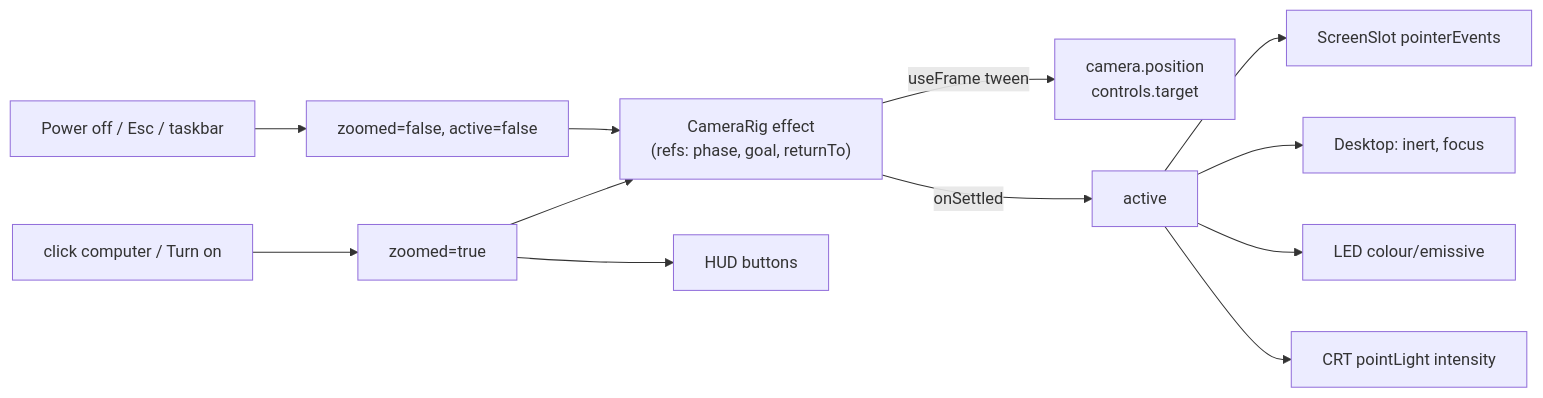
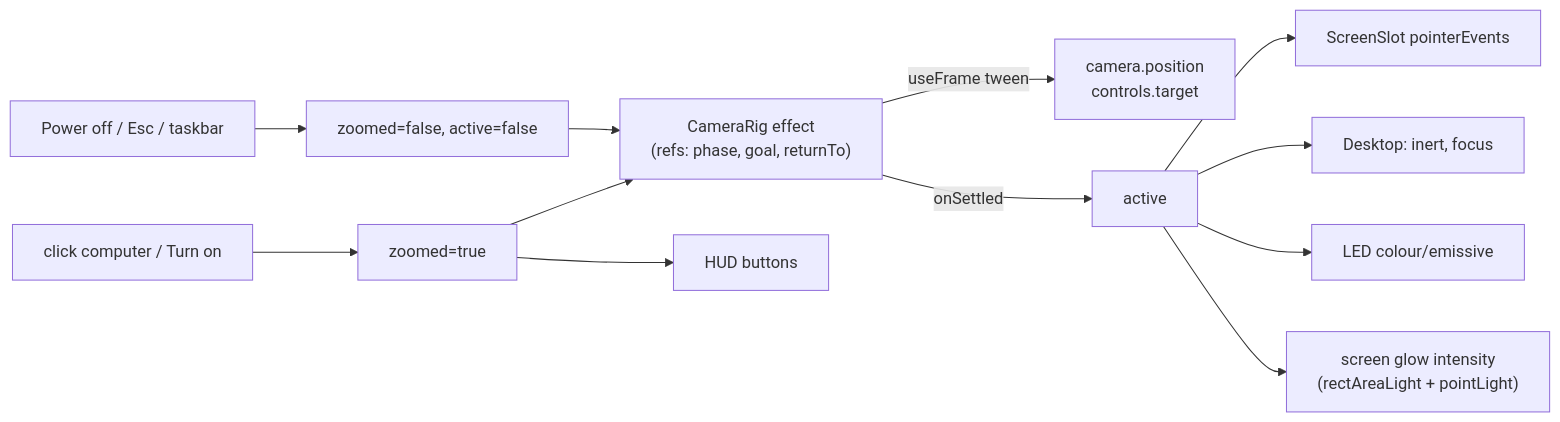
Before and after one commit to LinhL1/linh-le-2: the third of 5 diagrams in docs/DATA_FLOW.md, drawn with Mermaid. The commit also changed 12 other files, not shown here.

````diff
--- a/docs/DATA_FLOW.md
+++ b/docs/DATA_FLOW.md
@@ -68,14 +68,14 @@
 ```mermaid
 graph LR
     Click["click computer / Turn on"] --> Z["zoomed=true"]
     Off["Power off / Esc / taskbar"] --> Z0["zoomed=false, active=false"]
     Z --> CR["CameraRig effect<br/>(refs: phase, goal, returnTo)"]
     Z0 --> CR
     CR -->|useFrame tween| CAM["camera.position<br/>controls.target"]
     CR -->|onSettled| A["active"]
     A --> SS["ScreenSlot pointerEvents"]
     A --> DT["Desktop: inert, focus"]
     A --> LED["LED colour/emissive"]
-    A --> PL["CRT pointLight intensity"]
+    A --> PL["screen glow intensity<br/>(rectAreaLight + pointLight)"]
     Z --> HUD["HUD buttons"]
 ```
````
